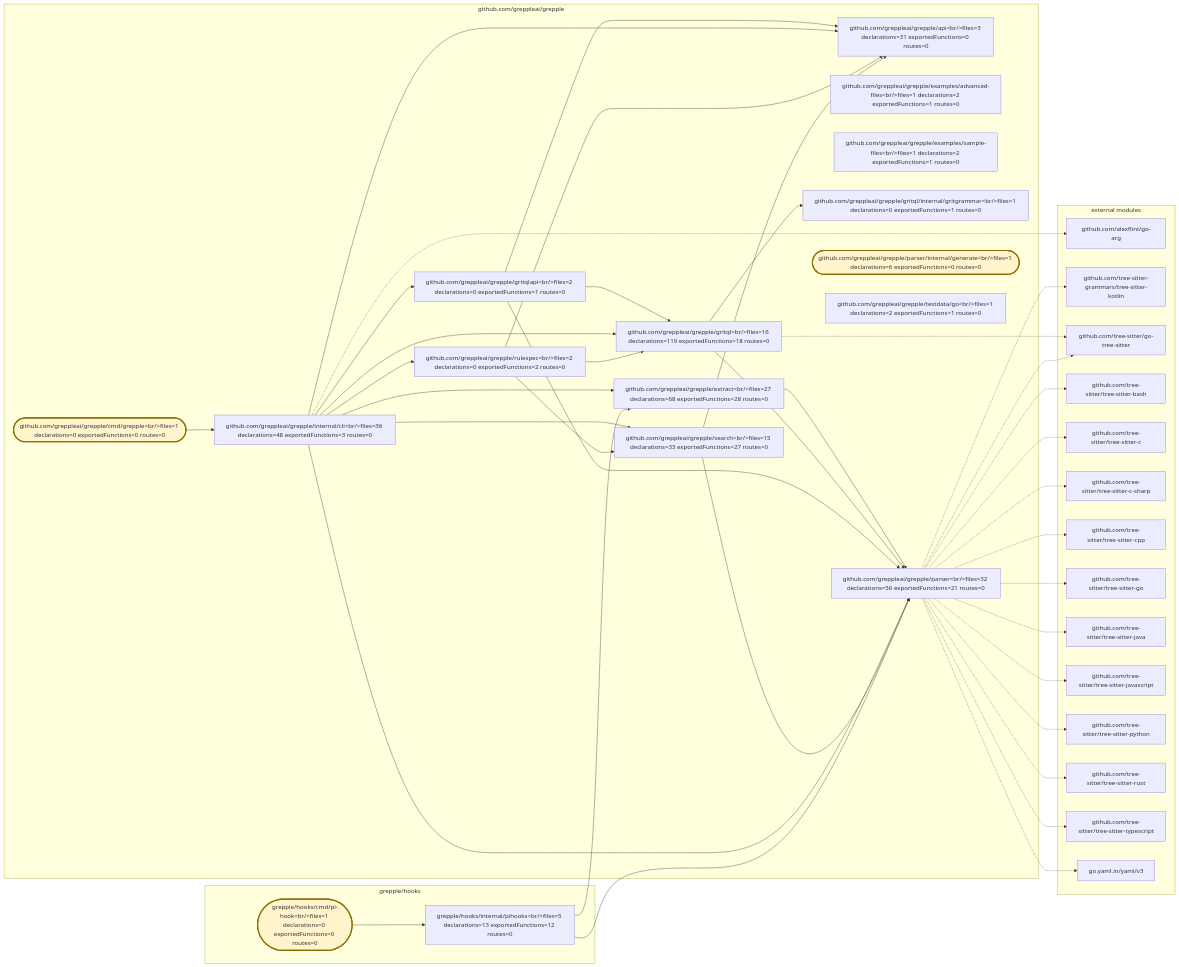
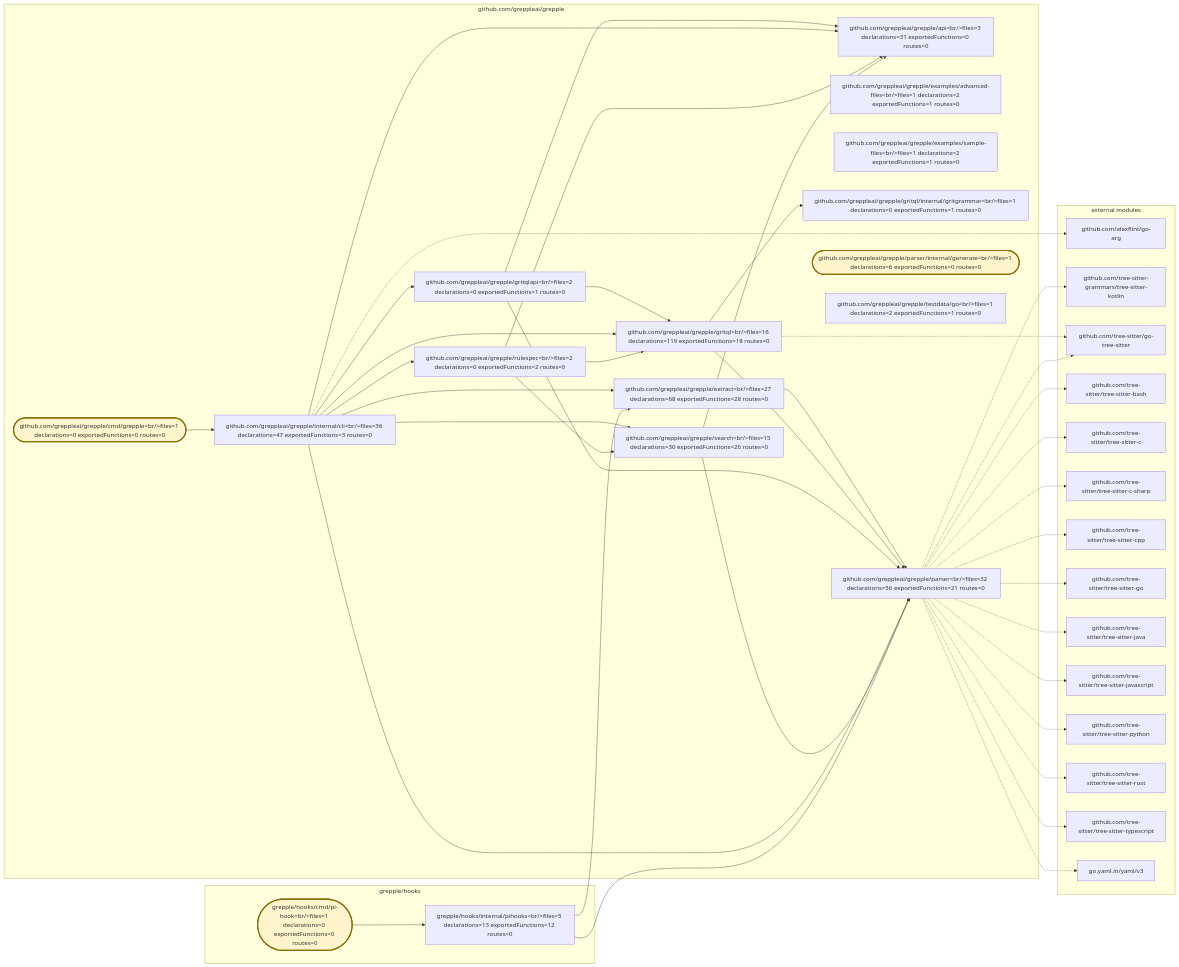
One commit to greppleai/grepple changed the diagram in .grepple/project.workspace/overview.mmd. Above: the diagram before and after it, drawn with Mermaid. The commit also changed 24 other files, not shown here.

```diff
--- a/.grepple/project.workspace/overview.mmd
+++ b/.grepple/project.workspace/overview.mmd
@@ -1,78 +1,78 @@
 flowchart LR
     classDef entrypoint fill:#fff4cc,stroke:#8a6d00,stroke-width:3px
     subgraph module_0["github.com/greppleai/grepple"]
         package_0["github.com/greppleai/grepple/api&lt;br/&gt;files=3 declarations=31 exportedFunctions=0 routes=0"]
         package_1(["github.com/greppleai/grepple/cmd/grepple&lt;br/&gt;files=1 declarations=0 exportedFunctions=0 routes=0"])
         class package_1 entrypoint
         package_2["github.com/greppleai/grepple/examples/advanced-files&lt;br/&gt;files=1 declarations=2 exportedFunctions=1 routes=0"]
         package_3["github.com/greppleai/grepple/examples/sample-files&lt;br/&gt;files=1 declarations=2 exportedFunctions=1 routes=0"]
         package_4["github.com/greppleai/grepple/extract&lt;br/&gt;files=27 declarations=68 exportedFunctions=28 routes=0"]
         package_5["github.com/greppleai/grepple/gritql&lt;br/&gt;files=16 declarations=119 exportedFunctions=18 routes=0"]
         package_6["github.com/greppleai/grepple/gritql/internal/gritgrammar&lt;br/&gt;files=1 declarations=0 exportedFunctions=1 routes=0"]
         package_7["github.com/greppleai/grepple/gritqlapi&lt;br/&gt;files=2 declarations=0 exportedFunctions=1 routes=0"]
-        package_8["github.com/greppleai/grepple/internal/cli&lt;br/&gt;files=36 declarations=48 exportedFunctions=3 routes=0"]
+        package_8["github.com/greppleai/grepple/internal/cli&lt;br/&gt;files=36 declarations=47 exportedFunctions=3 routes=0"]
         package_9["github.com/greppleai/grepple/parser&lt;br/&gt;files=32 declarations=56 exportedFunctions=21 routes=0"]
         package_10(["github.com/greppleai/grepple/parser/internal/generate&lt;br/&gt;files=1 declarations=6 exportedFunctions=0 routes=0"])
         class package_10 entrypoint
         package_11["github.com/greppleai/grepple/rulespec&lt;br/&gt;files=2 declarations=0 exportedFunctions=2 routes=0"]
-        package_12["github.com/greppleai/grepple/search&lt;br/&gt;files=15 declarations=33 exportedFunctions=27 routes=0"]
+        package_12["github.com/greppleai/grepple/search&lt;br/&gt;files=15 declarations=30 exportedFunctions=26 routes=0"]
         package_13["github.com/greppleai/grepple/testdata/go&lt;br/&gt;files=1 declarations=2 exportedFunctions=1 routes=0"]
     end
     subgraph module_1["grepple/hooks"]
         package_14(["grepple/hooks/cmd/pi-hook&lt;br/&gt;files=1 declarations=0 exportedFunctions=0 routes=0"])
         class package_14 entrypoint
         package_15["grepple/hooks/internal/pihooks&lt;br/&gt;files=5 declarations=13 exportedFunctions=12 routes=0"]
     end
     package_1 --> package_8
     package_4 --> package_9
     package_5 --> package_6
     package_5 --> package_9
     package_7 --> package_0
     package_7 --> package_5
     package_7 --> package_9
     package_8 --> package_0
     package_8 --> package_4
     package_8 --> package_5
     package_8 --> package_7
     package_8 --> package_9
     package_8 --> package_11
     package_8 --> package_12
     package_11 --> package_0
     package_11 --> package_5
     package_11 --> package_12
     package_12 --> package_0
     package_12 --> package_9
     package_14 --> package_15
     package_15 --> package_4
     package_15 --> package_9
     subgraph external_dependencies["external modules"]
         external_0["github.com/alexflint/go-arg"]
         external_1["github.com/tree-sitter-grammars/tree-sitter-kotlin"]
         external_2["github.com/tree-sitter/go-tree-sitter"]
         external_3["github.com/tree-sitter/tree-sitter-bash"]
         external_4["github.com/tree-sitter/tree-sitter-c"]
         external_5["github.com/tree-sitter/tree-sitter-c-sharp"]
         external_6["github.com/tree-sitter/tree-sitter-cpp"]
         external_7["github.com/tree-sitter/tree-sitter-go"]
         external_8["github.com/tree-sitter/tree-sitter-java"]
         external_9["github.com/tree-sitter/tree-sitter-javascript"]
         external_10["github.com/tree-sitter/tree-sitter-python"]
         external_11["github.com/tree-sitter/tree-sitter-rust"]
         external_12["github.com/tree-sitter/tree-sitter-typescript"]
         external_13["go.yaml.in/yaml/v3"]
     end
     package_8 -.-> external_0
     package_9 -.-> external_1
     package_5 -.-> external_2
     package_9 -.-> external_2
     package_9 -.-> external_3
     package_9 -.-> external_4
     package_9 -.-> external_5
     package_9 -.-> external_6
     package_9 -.-> external_7
     package_9 -.-> external_8
     package_9 -.-> external_9
     package_9 -.-> external_10
     package_9 -.-> external_11
     package_9 -.-> external_12
     package_9 -.-> external_13
```
